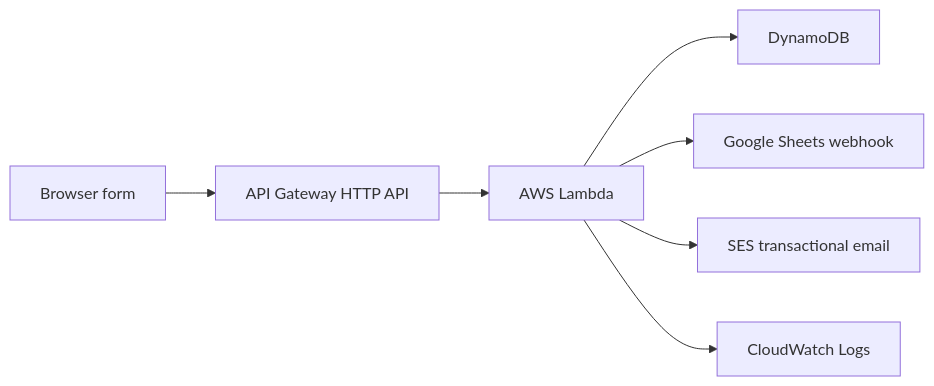
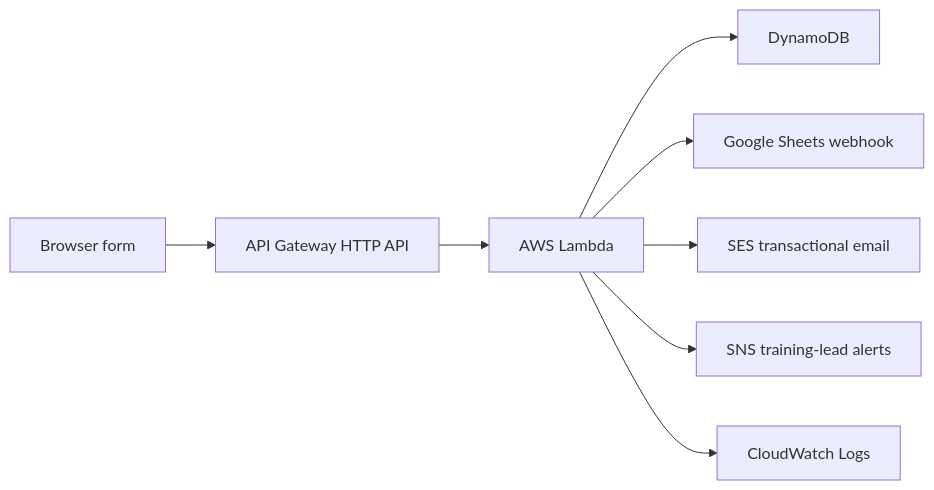
The first of 2 diagrams in README.md (johnfentoncloud/project-04-f4f-lead-capture-system), drawn with Mermaid before and after one commit. The commit also changed other lines of this file and 3 other files, not shown here.

Commit message:
feat: add SNS training lead notifications

````diff
--- a/README.md
+++ b/README.md
@@ -16,9 +16,10 @@
 ```mermaid
 flowchart LR
     Browser[Browser form] --> APIGW[API Gateway HTTP API]
     APIGW --> Lambda[AWS Lambda]
     Lambda --> DDB[DynamoDB]
     Lambda --> Sheets[Google Sheets webhook]
     Lambda --> SES[SES transactional email]
+    Lambda --> SNS[SNS training-lead alerts]
     Lambda --> Logs[CloudWatch Logs]
 ```
````
